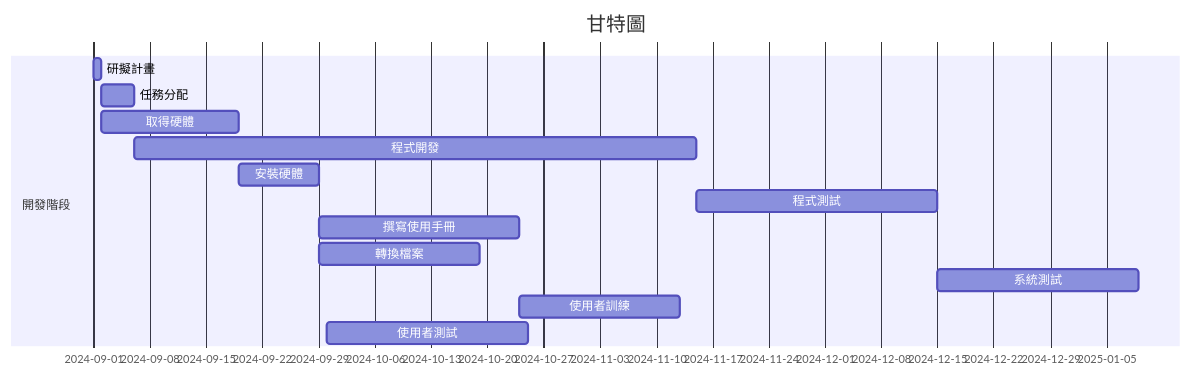
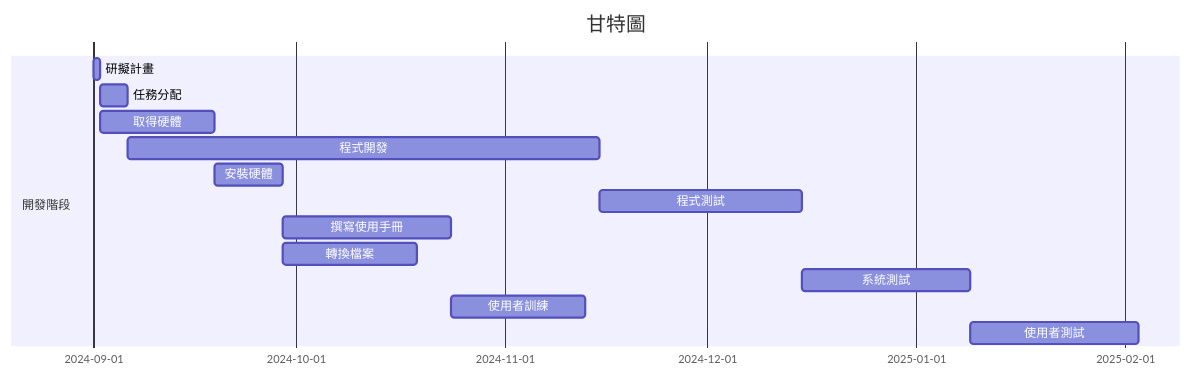
The first of 2 diagrams in README.md (gino2066/-), drawn with Mermaid before and after one commit.

````diff
--- a/README.md
+++ b/README.md
@@ -15,19 +15,19 @@
 ```mermaid
 gantt
     title 甘特圖
-    dateFormat  YYYY-MM-DD
+    
     section 開發階段
     研擬計畫          :a1, 2024-09-01, 1d
     任務分配          :a2, after a1, 4d
     取得硬體          :a3, after a1, 17d
     程式開發          :a4, after a2, 70d  
     安裝硬體          :a5, after a3, 10d  
     程式測試          :a6, after a4, 30d
     撰寫使用手冊      :a7, after a5, 25d
     轉換檔案          :a8, after a5, 20d
     系統測試          :a9, after a6, 25d
     使用者訓練        :a10, after a7, 20d
-    使用者測試        :a11, after a19, 25d
+    使用者測試        :a11, after a9, 25d
 
 
 ```
````
